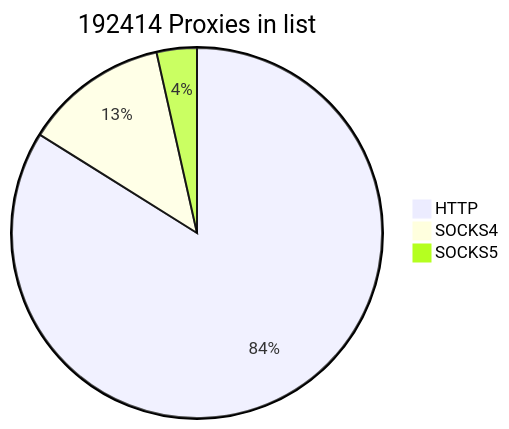
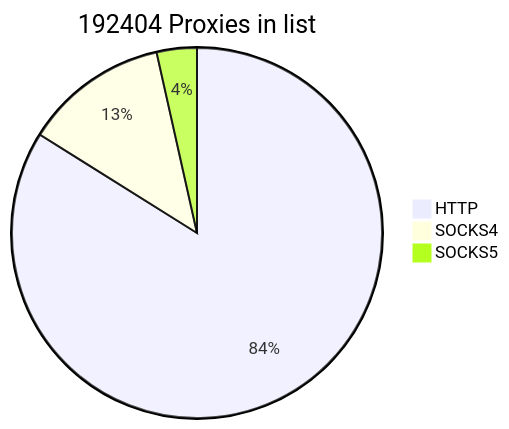
Before and after one commit to cutipu/proxylist: the first of 2 diagrams in README.md, drawn with Mermaid. The commit also changed other lines of this file, not shown here.

````diff
--- a/README.md
+++ b/README.md
@@ -2,7 +2,7 @@
 ```mermaid
-pie title 192414 Proxies in list
-    "HTTP" : 161436
+pie title 192404 Proxies in list
+    "HTTP" : 161438
     "SOCKS4" : 24224
-    "SOCKS5" : 6754
+    "SOCKS5" : 6742
             
 ```
````
